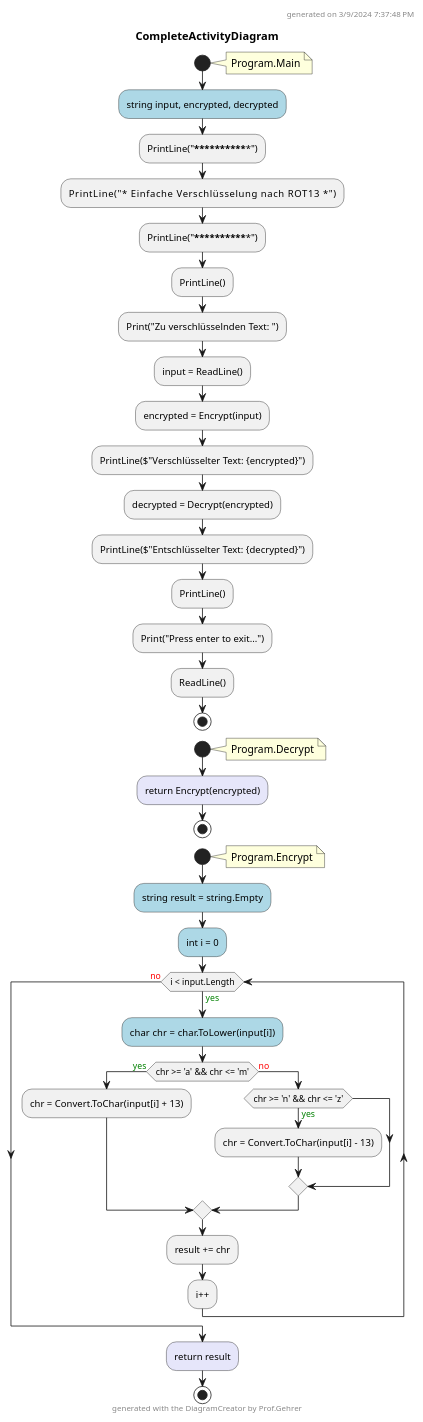
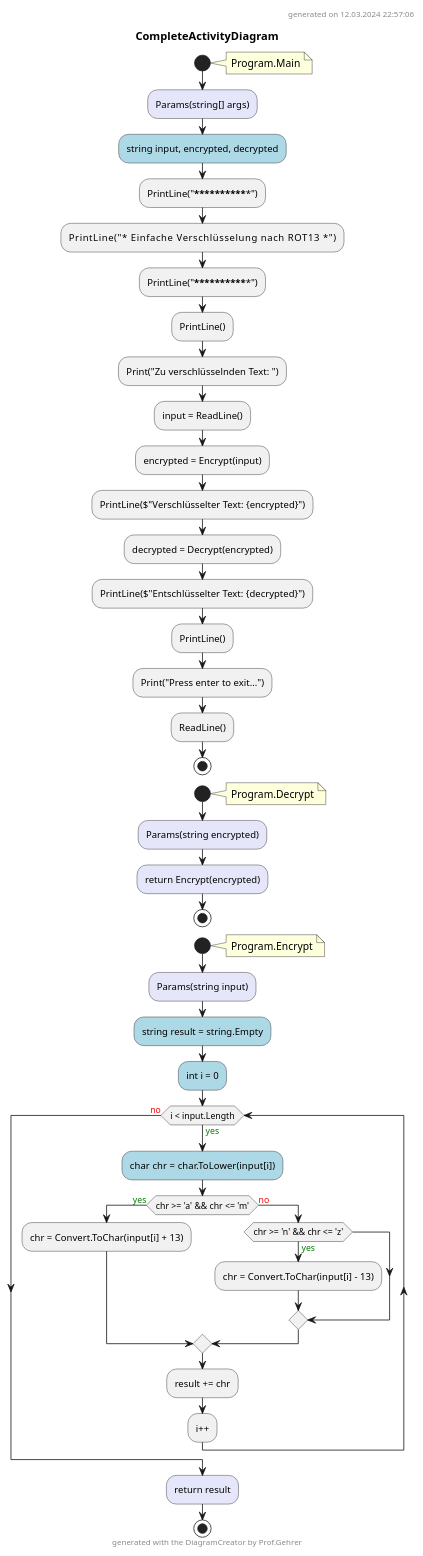
Before and after one commit to leoggehrer/2324-34_ABIF_ACIF_POSE: the diagram in ROT13.ConApp/Diagrams/CompleteActivityDiagram.puml, drawn with PlantUML. The commit also changed 227 other files, not shown here.

Commit message:
Changed folder name from Diagrams to diagrams.

```diff
--- a/ROT13.ConApp/Diagrams/CompleteActivityDiagram.puml
+++ b/ROT13.ConApp/Diagrams/CompleteActivityDiagram.puml
@@ -1,48 +1,51 @@
 @startuml CompleteActivityDiagram
 header
-generated on 3/9/2024 7:37:48 PM
+generated on 12.03.2024 22:57:06
 end header
 title CompleteActivityDiagram
 start
 note right:  Program.Main
+#Lavender:Params(string[] args);
 #LightBlue:string input, encrypted, decrypted;
 :PrintLine("***************************************************");
 :PrintLine("* Einfache Verschlüsselung nach ROT13             *");
 :PrintLine("***************************************************");
 :PrintLine();
 :Print("Zu verschlüsselnden Text: ");
 :input = ReadLine();
 :encrypted = Encrypt(input);
 :PrintLine($"Verschlüsselter Text: {encrypted}");
 :decrypted = Decrypt(encrypted);
 :PrintLine($"Entschlüsselter Text: {decrypted}");
 :PrintLine();
 :Print("Press enter to exit...");
 :ReadLine();
 stop
 start
 note right:  Program.Decrypt
+#Lavender:Params(string encrypted);
 #Lavender:return Encrypt(encrypted);
 stop
 start
 note right:  Program.Encrypt
+#Lavender:Params(string input);
 #LightBlue:string result = string.Empty;
 #LightBlue:int i = 0;
 while (i < input.Length) is (<color:green>yes)
     #LightBlue:char chr = char.ToLower(input[i]);
     if (chr >= 'a' && chr <= 'm') then (<color:green>yes)
         :chr = Convert.ToChar(input[i] + 13);
       else (<color:red>no)
         if (chr >= 'n' && chr <= 'z') then (<color:green>yes)
             :chr = Convert.ToChar(input[i] - 13);
         endif
     endif
     :result += chr;
 :i++;
 endwhile (<color:red>no)
 #Lavender:return result;
 stop
 footer
 generated with the DiagramCreator by Prof.Gehrer
 end footer
 @enduml
```
